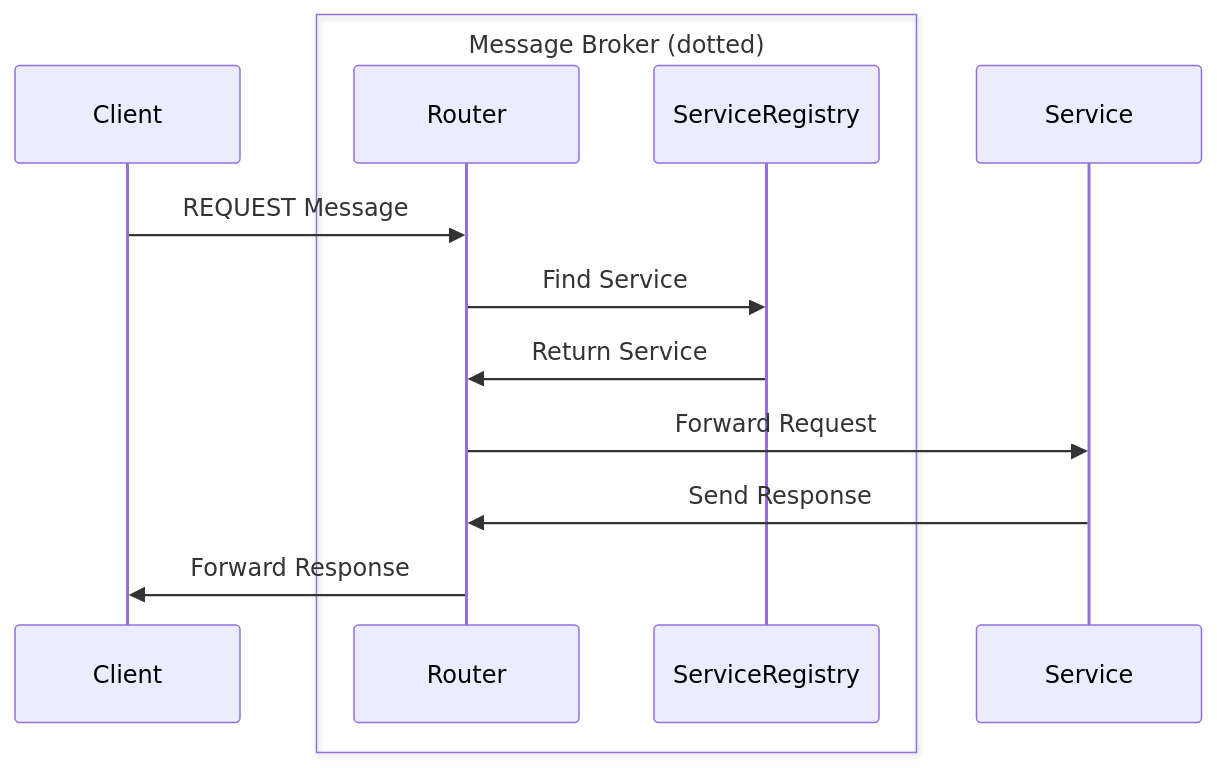
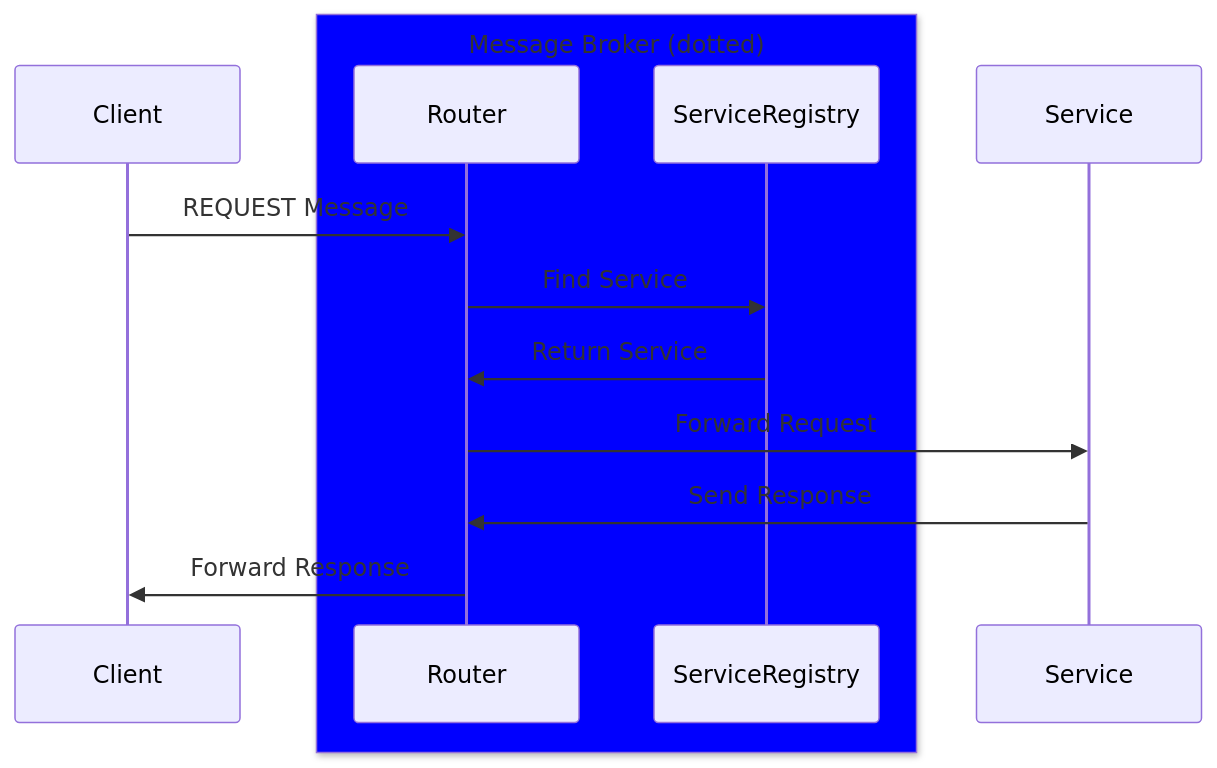
One commit to DeX-Group-LLC/mb-server-node changed the third of 4 diagrams in docs/concepts/message-flow.md. Above: the diagram before and after it, drawn with Mermaid. The commit also changed other lines of this file, not shown here.

First line of the commit message:
Update message flow diagrams with blue component box styling

````diff
--- a/docs/concepts/message-flow.md
+++ b/docs/concepts/message-flow.md
@@ -63,16 +63,16 @@
 ```mermaid
 sequenceDiagram
     participant Client
-    box Message Broker (dotted)
+    box Blue Message Broker (dotted)
     participant Router
     participant ServiceRegistry
     end
     participant Service
 
     Client->>Router: REQUEST Message
     Router->>ServiceRegistry: Find Service
     ServiceRegistry->>Router: Return Service
     Router->>Service: Forward Request
     Service->>Router: Send Response
     Router->>Client: Forward Response
 ```
````
